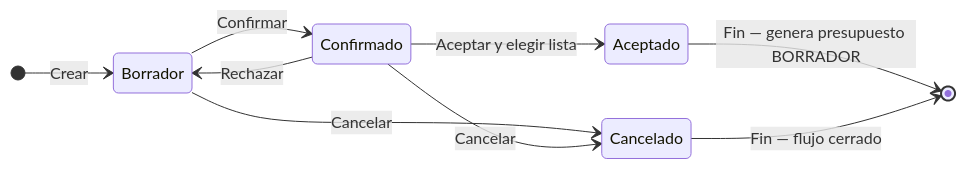
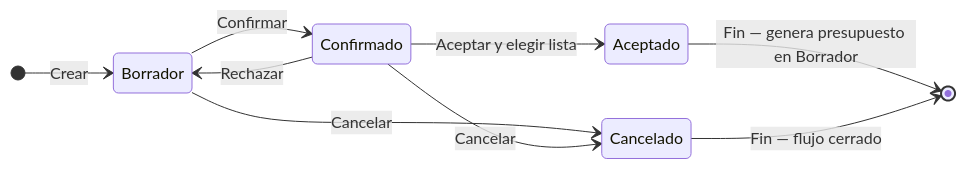
The diagram in docs/ventas/cotizaciones.md (Zink-in-Tech/ZiT-ERP_DocsPublica_FE), drawn with Mermaid before and after one commit. The commit also changed other lines of this file and 44 other files, not shown here.

````diff
--- a/docs/ventas/cotizaciones.md
+++ b/docs/ventas/cotizaciones.md
@@ -120,12 +118,12 @@
 ```mermaid
 stateDiagram-v2
   direction LR
   [*] --> Borrador: Crear
   Borrador --> Confirmado: Confirmar
   Confirmado --> Aceptado: Aceptar y elegir lista
-  Aceptado --> [*]: Fin — genera presupuesto BORRADOR
+  Aceptado --> [*]: Fin — genera presupuesto en Borrador
   Confirmado --> Borrador: Rechazar
   Borrador --> Cancelado: Cancelar
   Confirmado --> Cancelado: Cancelar
   Cancelado --> [*]: Fin — flujo cerrado
 ```
````
